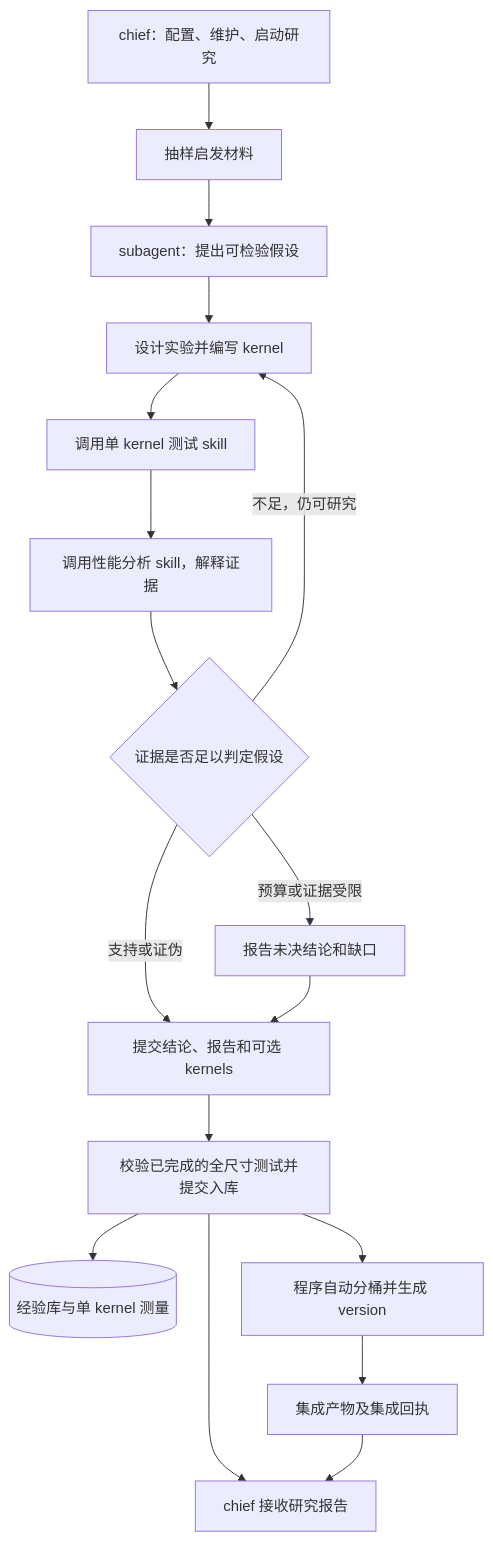
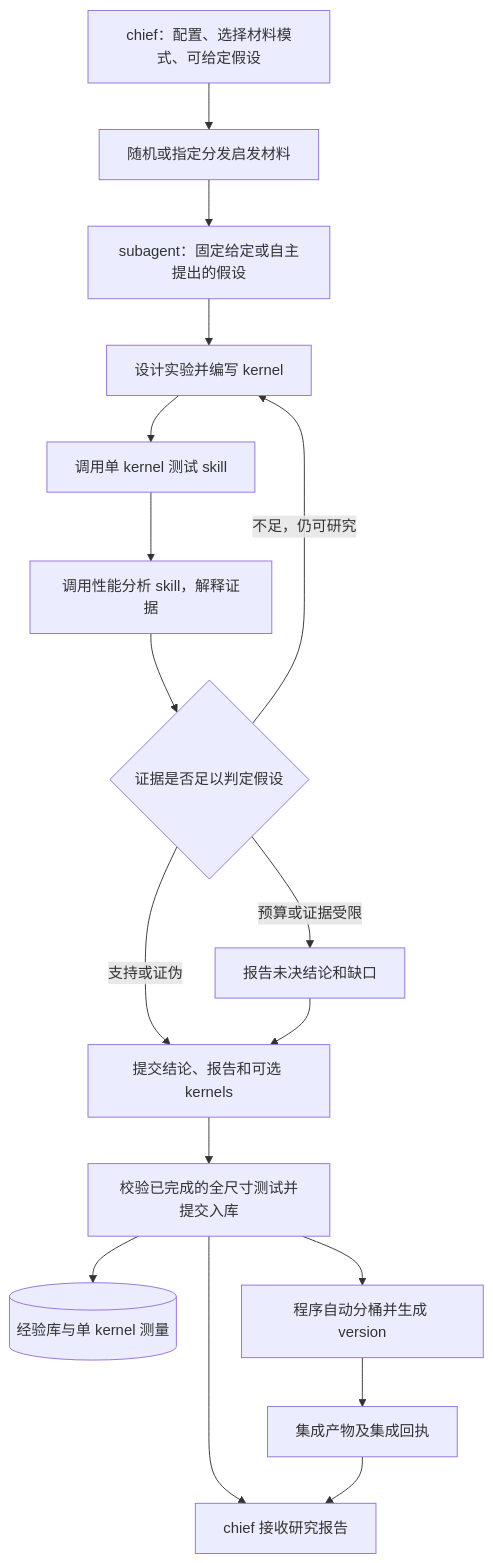
The diagram in docs/plans/2026-09-23-meteor-deepseek-harness-plan.md (KDZZZZZZ/meteor), drawn with Mermaid before and after one commit. The commit also changed other lines of this file and 70 other files, not shown here.

````diff
--- a/docs/plans/2026-09-23-meteor-deepseek-harness-plan.md
+++ b/docs/plans/2026-09-23-meteor-deepseek-harness-plan.md
@@ -26,19 +28,19 @@
 ```mermaid
 flowchart TD
-    C[chief：配置、维护、启动研究] --> S[抽样启发材料]
-    S --> H[subagent：提出可检验假设]
+    C[chief：配置、选择材料模式、可给定假设] --> S[随机或指定分发启发材料]
+    S --> H[subagent：固定给定或自主提出的假设]
     H --> D[设计实验并编写 kernel]
     D --> T[调用单 kernel 测试 skill]
     T --> A[调用性能分析 skill，解释证据]
     A --> Q{证据是否足以判定假设}
     Q -->|不足，仍可研究| D
     Q -->|支持或证伪| R[提交结论、报告和可选 kernels]
     Q -->|预算或证据受限| U[报告未决结论和缺口]
     U --> R
     R --> G[校验已完成的全尺寸测试并提交入库]
     G --> K[(经验库与单 kernel 测量)]
     G --> C2[chief 接收研究报告]
     G --> I[程序自动分桶并生成 version]
     I --> V[集成产物及集成回执]
     V --> C2
 ```
````
